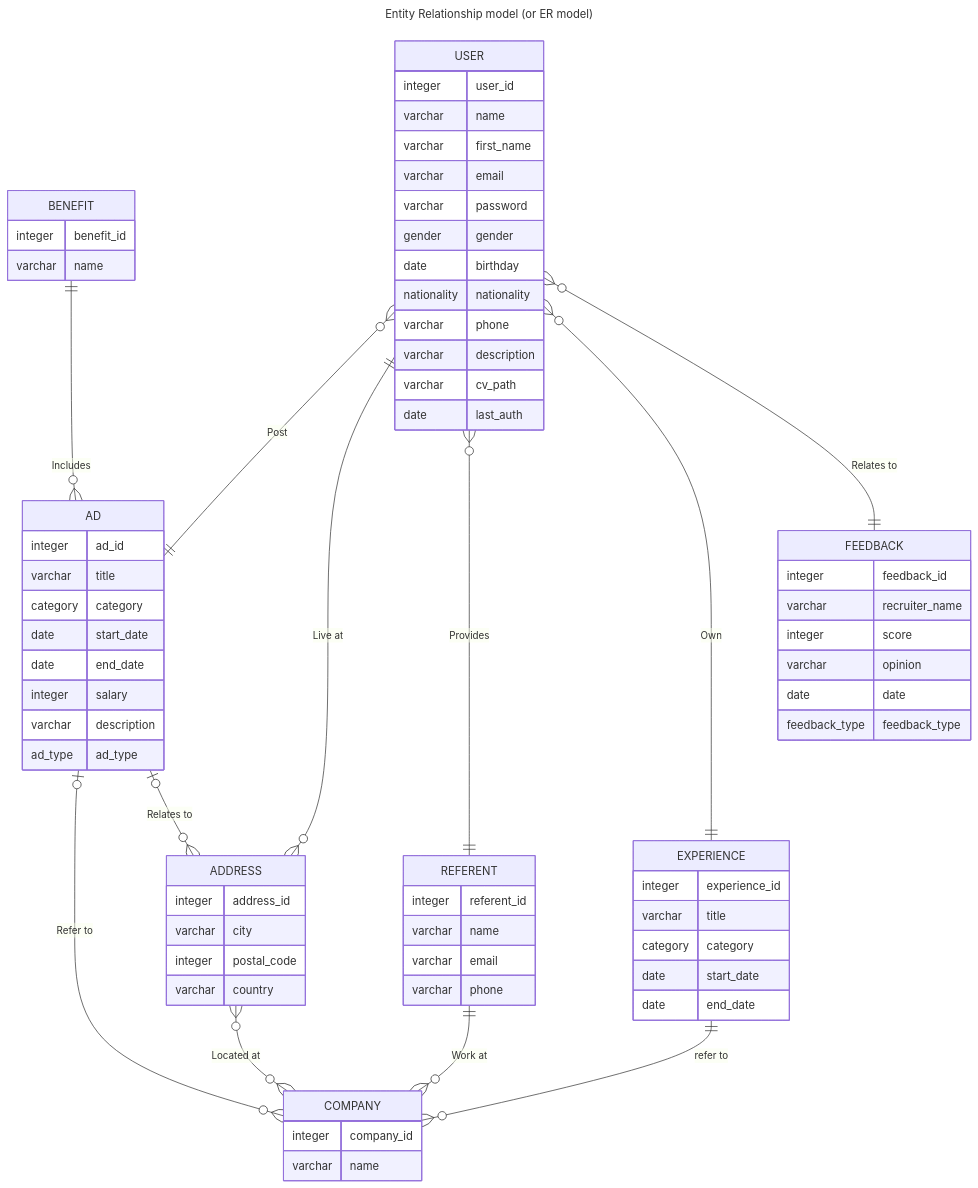
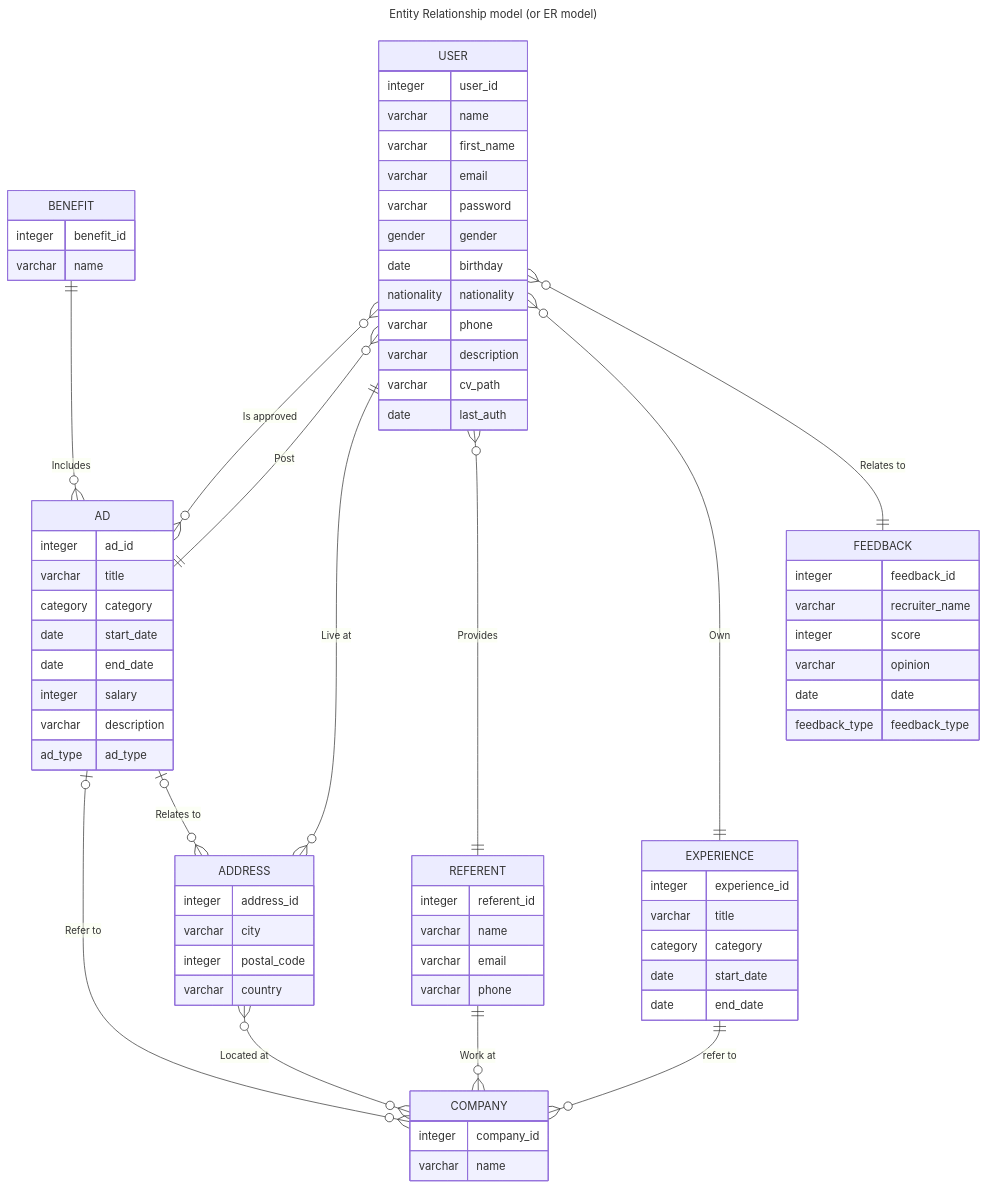
The diagram in Documentation/RDBMS.md (sylvain-pierrot/seasonal-workers), drawn with Mermaid before and after one commit.

Commit message:
feat(doc): add entity association `Is approved` in database

````diff
--- a/Documentation/RDBMS.md
+++ b/Documentation/RDBMS.md
@@ -28,76 +28,77 @@
 ```mermaid
 ---
 title: Entity Relationship model (or ER model)
 ---
 erDiagram
     BENEFIT {
         integer benefit_id
         varchar name
     }
     AD {
         integer ad_id
         varchar title
         category category
         date start_date
         date end_date
         integer salary
         varchar description
         ad_type ad_type
     }
     COMPANY {
         integer company_id
         varchar name
     }
     EXPERIENCE {
         integer experience_id
         varchar title
         category category
         date start_date
         date end_date
     }
     USER {
         integer user_id
         varchar name
         varchar first_name
         varchar email
         varchar password
         gender gender
         date birthday
         nationality nationality
         varchar phone
         varchar description
         varchar cv_path
         date last_auth
     }
     ADDRESS {
         integer address_id
         varchar city
         integer postal_code
         varchar country
     }
     REFERENT {
         integer referent_id
         varchar name
         varchar email
         varchar phone
     }
     FEEDBACK {
         integer feedback_id
         varchar recruiter_name
         integer score
         varchar opinion
         date date
         feedback_type feedback_type
     }
     BENEFIT ||--o{ AD : "Includes"
     AD o|--o{ COMPANY : "Refer to"
     AD o|--o{ ADDRESS : "Relates to"
+    USER o{--}o AD : "Is approved"
     EXPERIENCE ||--o{ COMPANY : "refer to"
     USER o{--|| AD : "Post"
     USER ||--o{ ADDRESS : "Live at"
     USER o{--|| REFERENT : "Provides"
     USER o{--|| EXPERIENCE : "Own"
     USER o{--|| FEEDBACK : "Relates to"
     ADDRESS o{--o{ COMPANY : "Located at"
     REFERENT ||--o{ COMPANY : "Work at"
 ```
````
